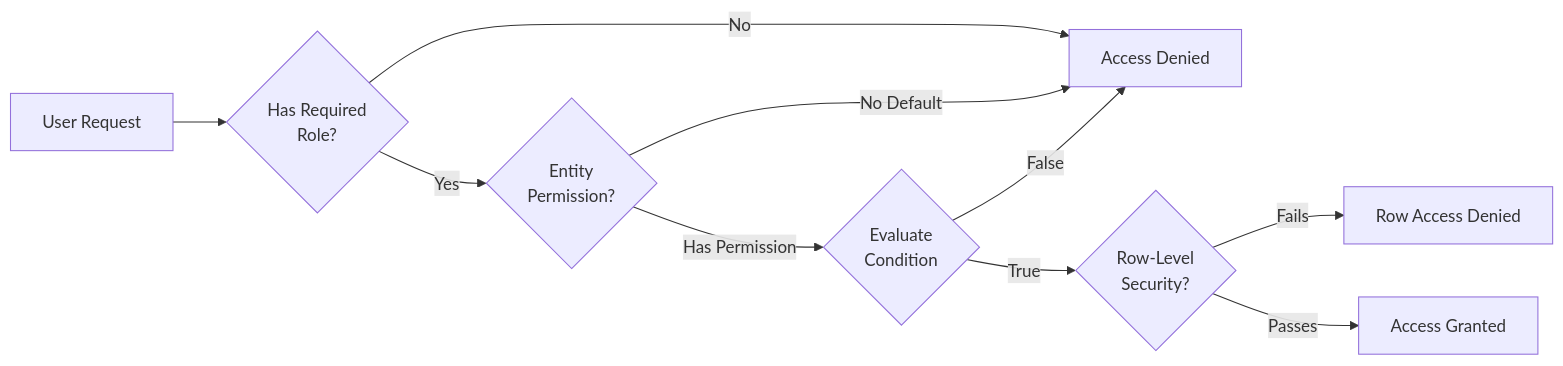
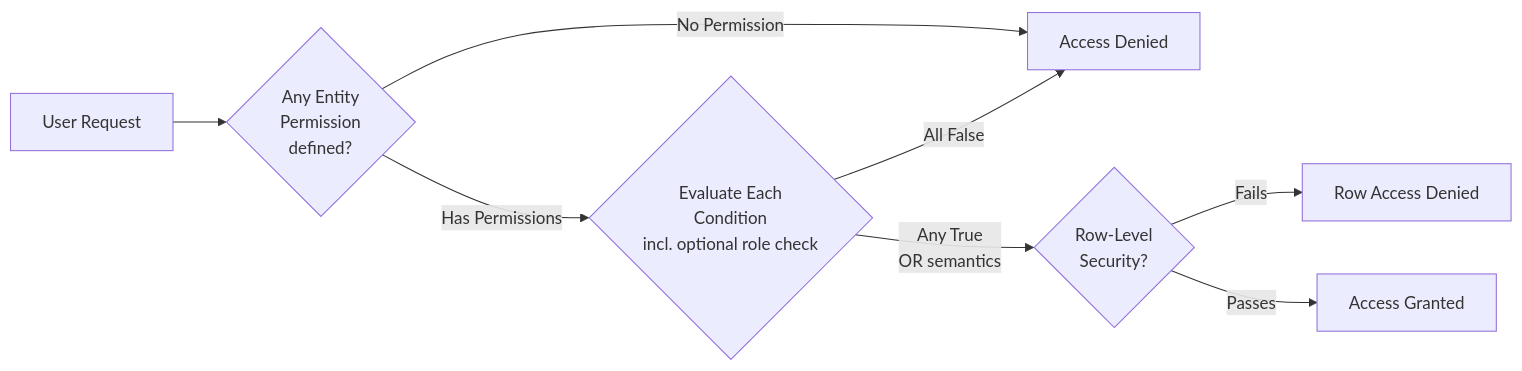
The second of 2 diagrams in doc/data-model/permissions-guide.md (software-architects/time-cockpit-documentation), drawn with Mermaid before and after one commit. The commit also changed other lines of this file and 2 other files, not shown here.

Commit message:
refactor: Simplify entity relationship explanations and remove outdated Web API examples from documentation

````diff
--- a/doc/data-model/permissions-guide.md
+++ b/doc/data-model/permissions-guide.md
@@ -49,12 +49,10 @@
 ```mermaid
 flowchart LR
-    Request[User Request] --> CheckRoles{Has Required<br/>Role?}
-    CheckRoles -->|No| Deny[Access Denied]
-    CheckRoles -->|Yes| CheckEntity{Entity<br/>Permission?}
-    CheckEntity -->|No Default| Deny
-    CheckEntity -->|Has Permission| EvalCondition{Evaluate<br/>Condition}
-    EvalCondition -->|False| Deny
-    EvalCondition -->|True| CheckRow{Row-Level<br/>Security?}
+    Request[User Request] --> CheckEntity{Any Entity<br/>Permission<br/>defined?}
+    CheckEntity -->|No Permission| Deny[Access Denied]
+    CheckEntity -->|Has Permissions| EvalCondition{Evaluate Each<br/>Condition<br/>incl. optional role check}
+    EvalCondition -->|All False| Deny
+    EvalCondition -->|Any True\nOR semantics| CheckRow{Row-Level<br/>Security?}
     CheckRow -->|Fails| DenyRow[Row Access Denied]
     CheckRow -->|Passes| Allow[Access Granted]
 ```
````
